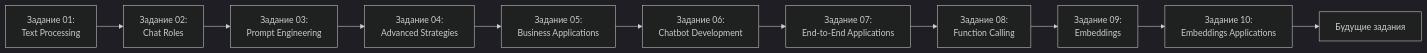
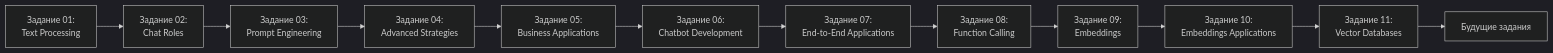
Before and after one commit to artipy/ai_knowledge_db_and_projects: the diagram in Exercises/README.md, drawn with Mermaid (dark theme). The commit also changed other lines of this file and 6 other files, not shown here.

First line of the commit message:
feat: Add Vector Databases with ChromaDB note and exercise 11

````diff
--- a/Exercises/README.md
+++ b/Exercises/README.md
@@ -269,13 +292,14 @@
 ```mermaid
 graph LR
     A[Задание 01:<br/>Text Processing] --> B[Задание 02:<br/>Chat Roles]
     B --> C[Задание 03:<br/>Prompt Engineering]
     C --> D[Задание 04:<br/>Advanced Strategies]
     D --> E[Задание 05:<br/>Business Applications]
     E --> F[Задание 06:<br/>Chatbot Development]
     F --> G[Задание 07:<br/>End-to-End Applications]
     G --> H[Задание 08:<br/>Function Calling]
     H --> I[Задание 09:<br/>Embeddings]
     I --> J[Задание 10:<br/>Embeddings Applications]
-    J --> K[Будущие задания]
+    J --> K[Задание 11:<br/>Vector Databases]
+    K --> L[Будущие задания]
 ```
````
